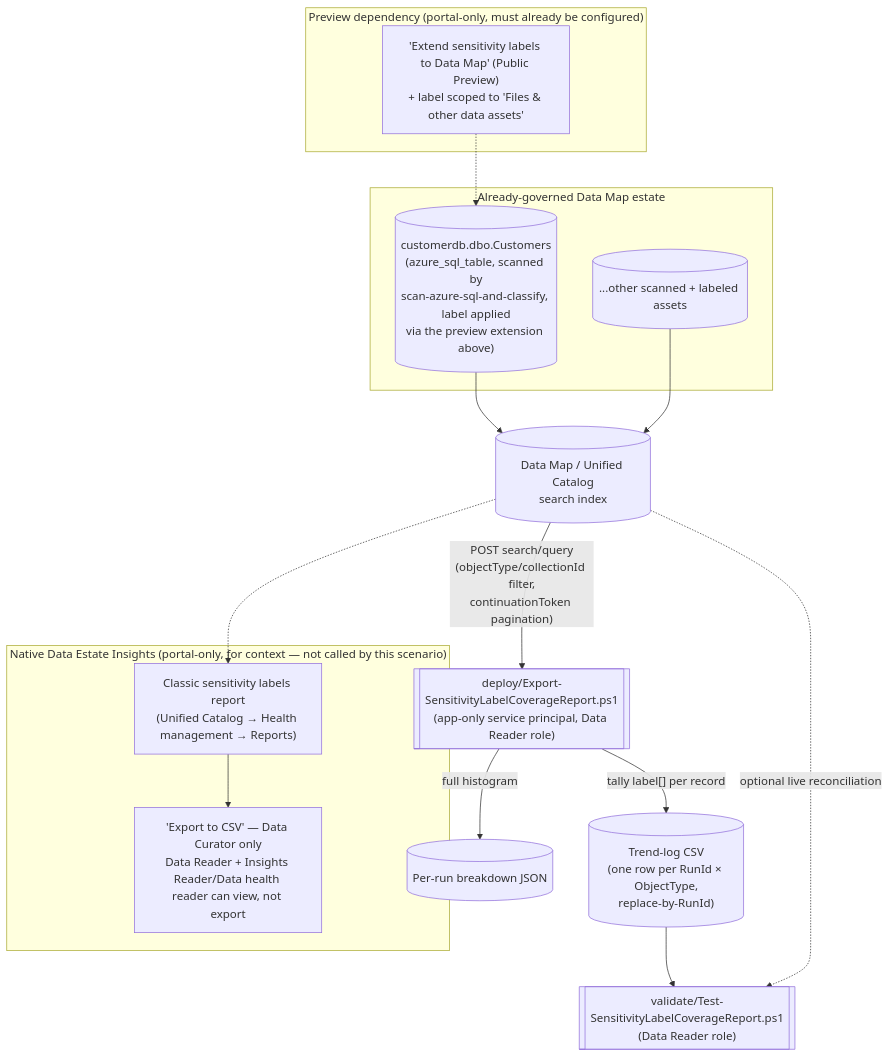
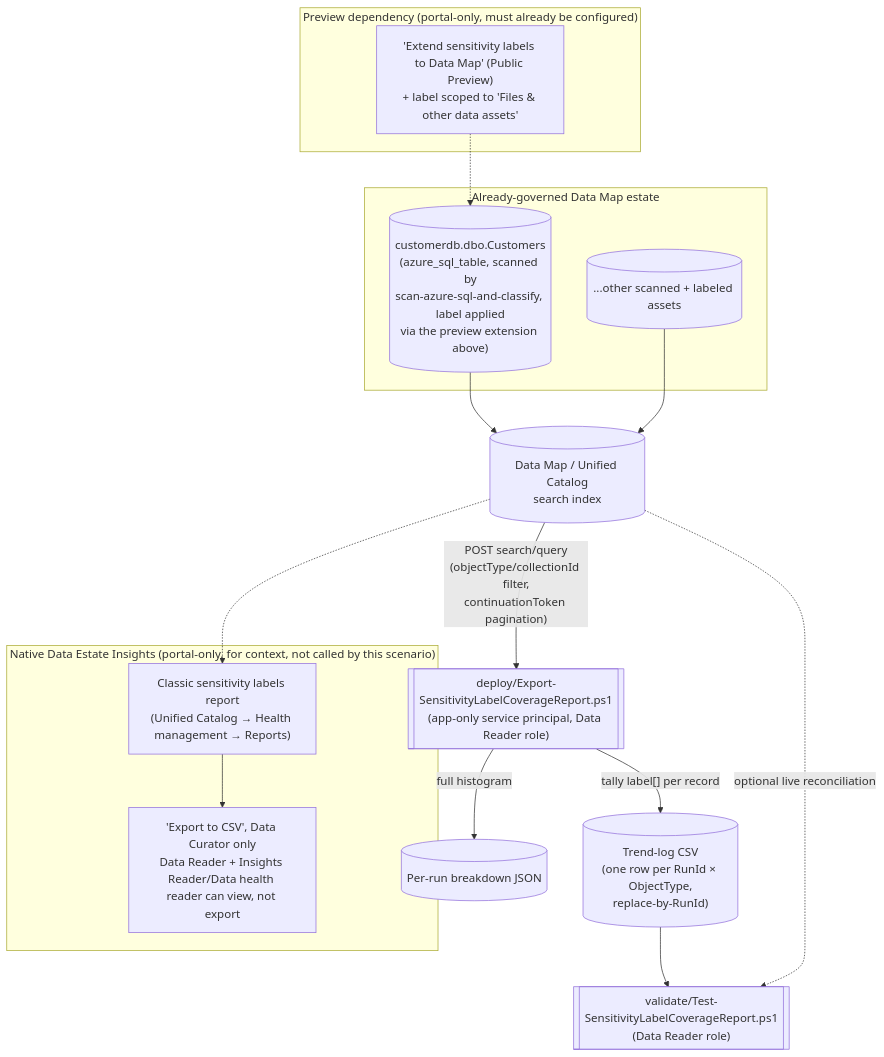
The diagram in src/content/scenarios/data-estate-insights/sensitivity-label-coverage-report.md (kpsec1/kpsec1.github.io), drawn with Mermaid before and after one commit. The commit also changed other lines of this file and 433 other files, not shown here.

````diff
--- a/src/content/scenarios/data-estate-insights/sensitivity-label-coverage-report.md
+++ b/src/content/scenarios/data-estate-insights/sensitivity-label-coverage-report.md
@@ -92,32 +95,32 @@
 ```mermaid
 flowchart TD
-    subgraph Native["Native Data Estate Insights (portal-only, for context — not called by this scenario)"]
+    subgraph Native["Native Data Estate Insights (portal-only, for context, not called by this scenario)"]
         Insights["Classic sensitivity labels report<br/>(Unified Catalog → Health management → Reports)"]
-        ExportGate["'Export to CSV' — Data Curator only<br/>Data Reader + Insights Reader/Data health reader can view, not export"]
+        ExportGate["'Export to CSV', Data Curator only<br/>Data Reader + Insights Reader/Data health reader can view, not export"]
         Insights --> ExportGate
     end
 
     subgraph Upstream["Preview dependency (portal-only, must already be configured)"]
         Extend["'Extend sensitivity labels to Data Map' (Public Preview)<br/>+ label scoped to 'Files & other data assets'"]
     end
 
     subgraph Estate["Already-governed Data Map estate"]
         Asset[("customerdb.dbo.Customers<br/>(azure_sql_table, scanned by<br/>scan-azure-sql-and-classify, label applied<br/>via the preview extension above)")]
         Other[("...other scanned + labeled assets")]
     end
 
     Extend -.-> Asset
     Index[("Data Map / Unified Catalog<br/>search index")]
     Asset --> Index
     Other --> Index
     Index -.-> Insights
 
     Report[["deploy/Export-SensitivityLabelCoverageReport.ps1<br/>(app-only service principal, Data Reader role)"]]
     Index -- "POST search/query<br/>(objectType/collectionId filter,<br/>continuationToken pagination)" --> Report
     Report -- "tally label[] per record" --> Trend[("Trend-log CSV<br/>(one row per RunId × ObjectType,<br/>replace-by-RunId)")]
     Report -- "full histogram" --> Breakdown[("Per-run breakdown JSON")]
 
     Validator[["validate/Test-SensitivityLabelCoverageReport.ps1<br/>(Data Reader role)"]]
     Trend --> Validator
     Index -. "optional live reconciliation" .-> Validator
 ```
````
